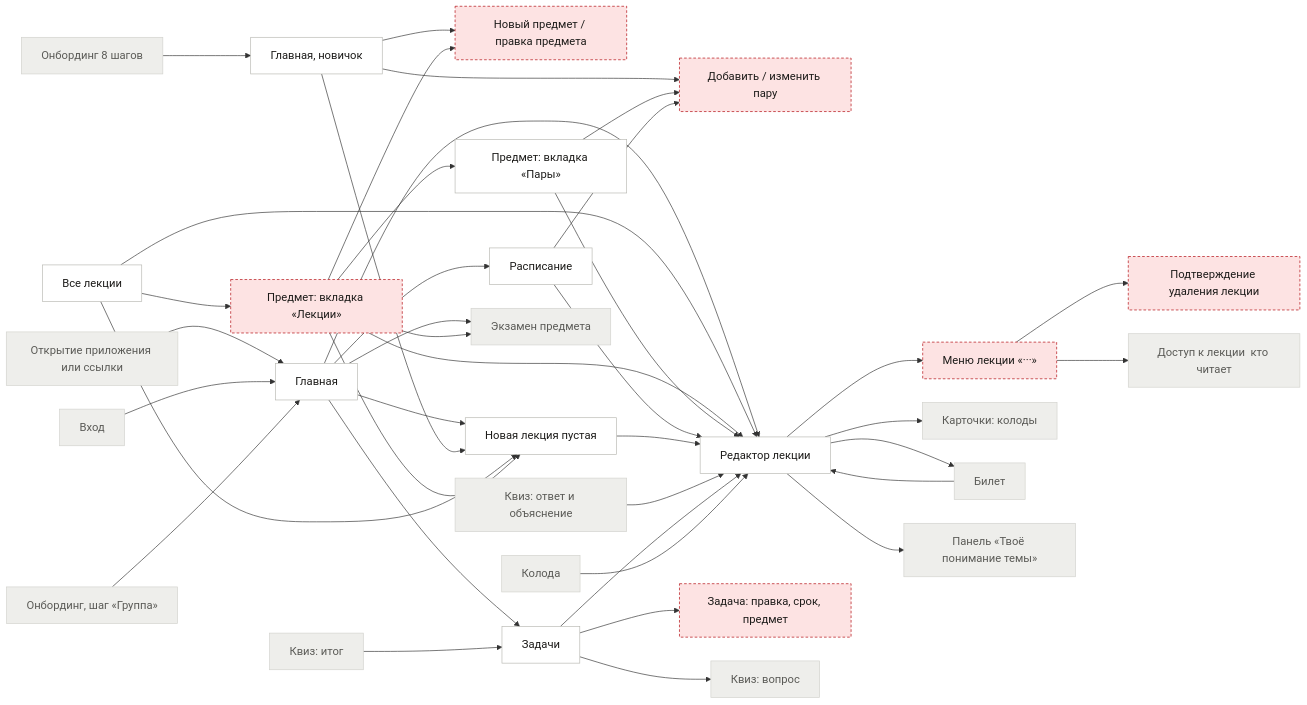
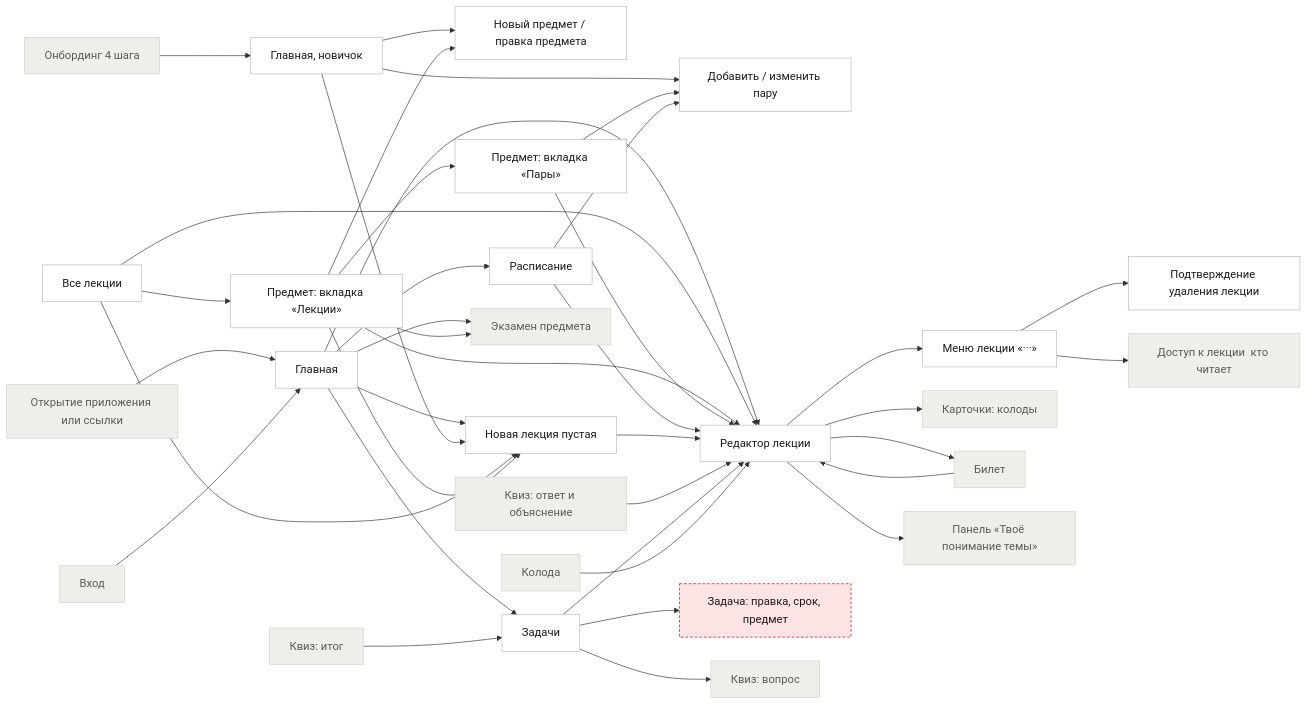
The second of 6 diagrams in docs/design/ia/userflow.md (misha-quartzevsky/cohorta), drawn with Mermaid before and after one commit. The commit also changed other lines of this file and 1 other file, not shown here.

Commit message:
docs(design): карта переходов — маршруты по роутеру, онбординг из 4 шагов, нарисованные экраны, «Занятия», «Профиль», периоды, корзина

```diff
--- a/docs/design/ia/userflow.md
+++ b/docs/design/ia/userflow.md
@@ -134,8 +131,7 @@
   exam["Экзамен предмета"]
   g_lecture_access["Доступ к лекции  кто читает "]
   login["Вход"]
-  onb["Онбординг  8 шагов "]
-  onb_group["Онбординг, шаг «Группа»"]
+  onb["Онбординг  4 шага "]
   open["Открытие приложения или ссылки"]
   quiz_a["Квиз: ответ и объяснение"]
   quiz_q["Квиз: вопрос"]
@@ -144,7 +140,6 @@
   understanding["Панель «Твоё понимание темы»"]
   open --> home
   login --> home
-  onb_group --> home
   onb --> home_new
   home --> editor
   home --> lecture_new
@@ -187,15 +182,15 @@
   class home ok
   class home_new ok
   class lectures ok
-  class subject no
-  class subject_new no
+  class subject ok
+  class subject_new ok
   class pairs ok
-  class pair_edit no
+  class pair_edit ok
   class schedule ok
   class lecture_new ok
   class editor ok
-  class lecture_menu no
-  class lecture_delete no
+  class lecture_menu ok
+  class lecture_delete ok
   class tasks ok
   class task_edit no
   class cards ex
@@ -204,7 +199,6 @@
   class g_lecture_access ex
   class login ex
   class onb ex
-  class onb_group ex
   class open ex
   class quiz_a ex
   class quiz_q ex
```
